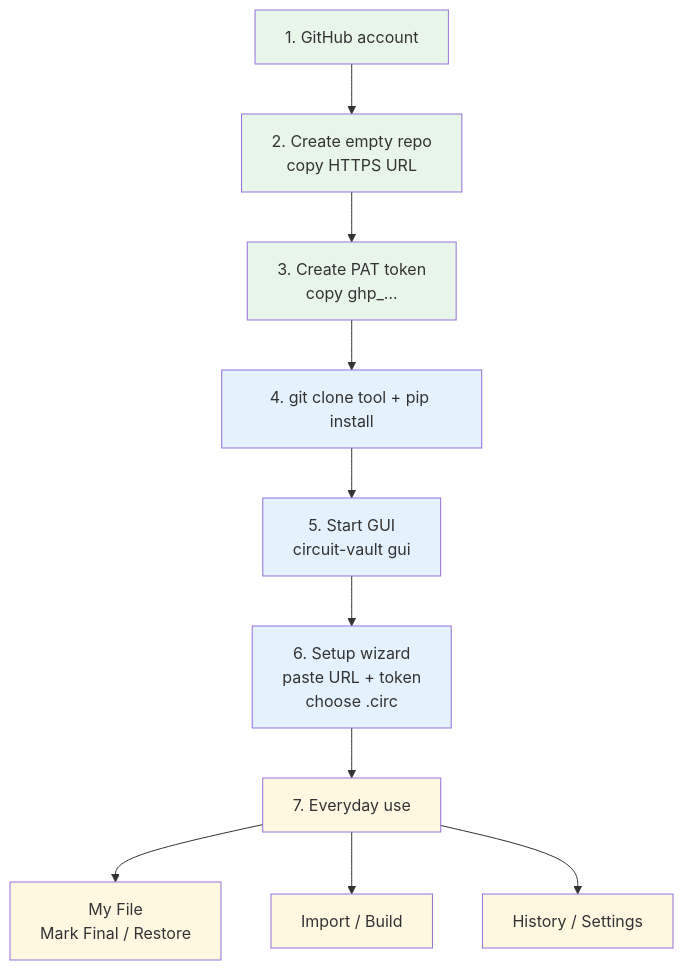
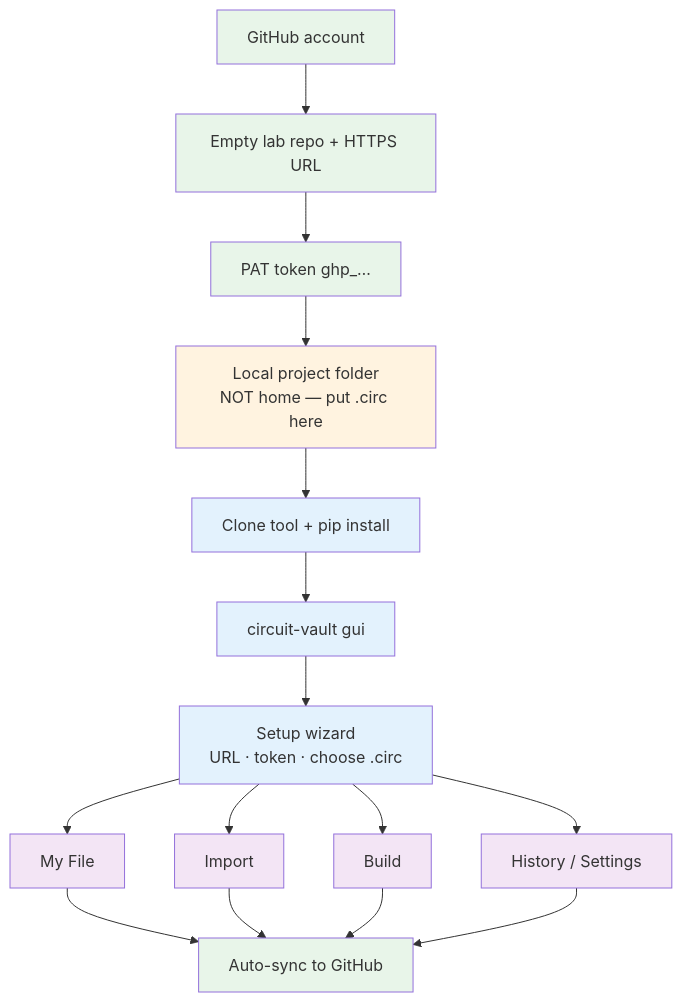
The diagram in README.md (couder-04/circuit-vault), drawn with Mermaid before and after one commit. The commit also changed other lines of this file and 4 other files, not shown here.

````diff
--- a/README.md
+++ b/README.md
@@ -35,23 +14,30 @@
 ```mermaid
 flowchart TD
-  A[1. GitHub account] --> B[2. Create empty repo<br/>copy HTTPS URL]
-  B --> C[3. Create PAT token<br/>copy ghp_…]
-  C --> D[4. git clone tool + pip install]
-  D --> E[5. Start GUI<br/>circuit-vault gui]
-  E --> F[6. Setup wizard<br/>paste URL + token<br/>choose .circ]
-  F --> G[7. Everyday use]
-  G --> H[My File<br/>Mark Final / Restore]
-  G --> I[Import / Build]
-  G --> J[History / Settings]
+  A[GitHub account] --> B[Empty lab repo + HTTPS URL]
+  B --> C[PAT token ghp_…]
+  C --> D[Local project folder<br/>NOT home — put .circ here]
+  D --> E[Clone tool + pip install]
+  E --> F[circuit-vault gui]
+  F --> G[Setup wizard<br/>URL · token · choose .circ]
+  G --> H[My File]
+  G --> I[Import]
+  G --> J[Build]
+  G --> K[History / Settings]
+  H --> L[Auto-sync to GitHub]
+  I --> L
+  J --> L
+  K --> L
 
   style A fill:#e8f5e9
   style B fill:#e8f5e9
   style C fill:#e8f5e9
-  style D fill:#e3f2fd
+  style D fill:#fff3e0
   style E fill:#e3f2fd
   style F fill:#e3f2fd
-  style G fill:#fff8e1
-  style H fill:#fff8e1
-  style I fill:#fff8e1
-  style J fill:#fff8e1
+  style G fill:#e3f2fd
+  style H fill:#f3e5f5
+  style I fill:#f3e5f5
+  style J fill:#f3e5f5
+  style K fill:#f3e5f5
+  style L fill:#e8f5e9
 ```
````
